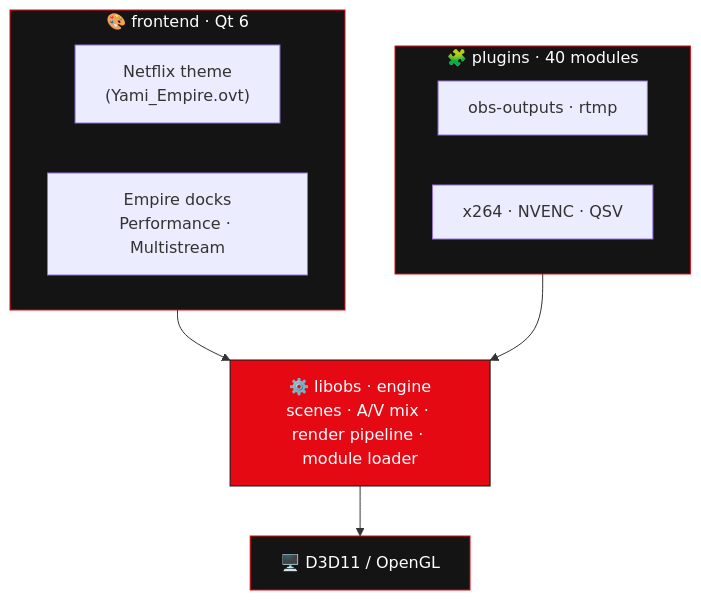
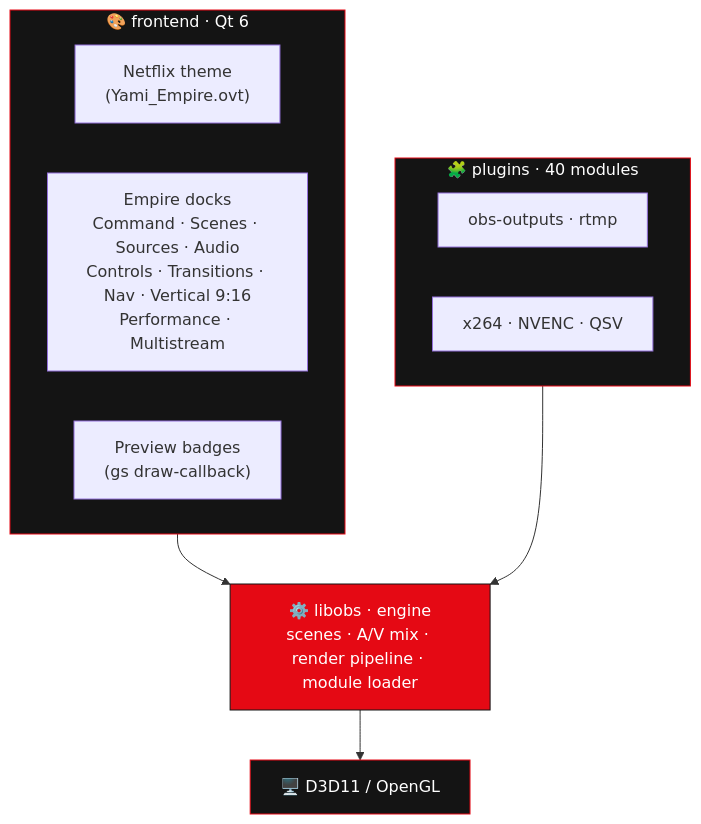
The first of 2 diagrams in README.md (Gh0s777tt/empire-OBS), drawn with Mermaid before and after one commit. The commit also changed other lines of this file and 1 other file, not shown here.

````diff
--- a/README.md
+++ b/README.md
@@ -84,22 +104,23 @@
 ```mermaid
 flowchart TD
     subgraph UI["🎨 frontend · Qt 6"]
         THEME["Netflix theme<br/>(Yami_Empire.ovt)"]
-        DOCKS["Empire docks<br/>Performance · Multistream"]
+        DOCKS["Empire docks<br/>Command · Scenes · Sources · Audio<br/>Controls · Transitions · Nav · Vertical 9:16<br/>Performance · Multistream"]
+        BADGES["Preview badges<br/>(gs draw‑callback)"]
     end
     subgraph PLUGINS["🧩 plugins · 40 modules"]
         OUT["obs-outputs · rtmp"]
         ENC["x264 · NVENC · QSV"]
     end
     CORE["⚙️ libobs · engine<br/>scenes · A/V mix · render pipeline · module loader"]
     GFX["🖥️ D3D11 / OpenGL"]
 
     UI --> CORE
     PLUGINS --> CORE
     CORE --> GFX
 
     classDef red fill:#E50914,stroke:#141414,color:#fff;
     classDef dark fill:#141414,stroke:#E50914,color:#fff;
     class CORE red;
     class UI,PLUGINS,GFX dark;
 ```
````
